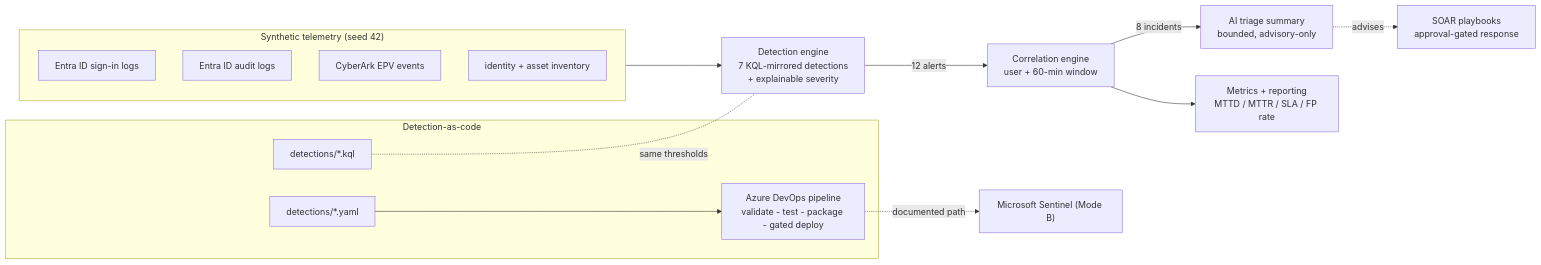
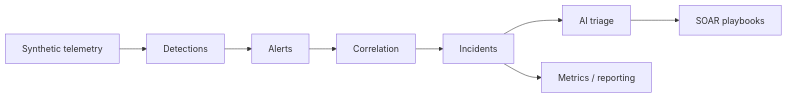
One commit to Mayankv2001/azure-identity-soar-lab changed the diagram in README.md. Above: the diagram before and after it, drawn with Mermaid. The commit also changed other lines of this file and 6 other files, not shown here.

````diff
--- a/README.md
+++ b/README.md
@@ -70,28 +104,10 @@
 ```mermaid
 flowchart LR
-    subgraph GEN["Synthetic telemetry (seed 42)"]
-        A["Entra ID sign-in logs"]
-        B["Entra ID audit logs"]
-        C["CyberArk EPV events"]
-        D["identity + asset inventory"]
-    end
-
-    E["Detection engine<br/>7 KQL-mirrored detections<br/>+ explainable severity"]
-    F["Correlation engine<br/>user + 60-min window"]
-    G["AI triage summary<br/>bounded, advisory-only"]
-    H["SOAR playbooks<br/>approval-gated response"]
-    R["Metrics + reporting<br/>MTTD / MTTR / SLA / FP rate"]
-
-    GEN --> E -- "12 alerts" --> F -- "8 incidents" --> G
-    F --> R
-    G -.advises.-> H
-
-    subgraph DAC["Detection-as-code"]
-        K["detections/*.kql"]
-        Y["detections/*.yaml"]
-        P["Azure DevOps pipeline<br/>validate - test - package - gated deploy"]
-    end
-    K -. same thresholds .- E
-    Y --> P
-    P -. documented path .-> S["Microsoft Sentinel (Mode B)"]
+    A["Synthetic telemetry"] --> B["Detections"]
+    B --> C["Alerts"]
+    C --> D["Correlation"]
+    D --> E["Incidents"]
+    E --> F["AI triage"]
+    F --> G["SOAR playbooks"]
+    E --> H["Metrics / reporting"]
 ```
````
